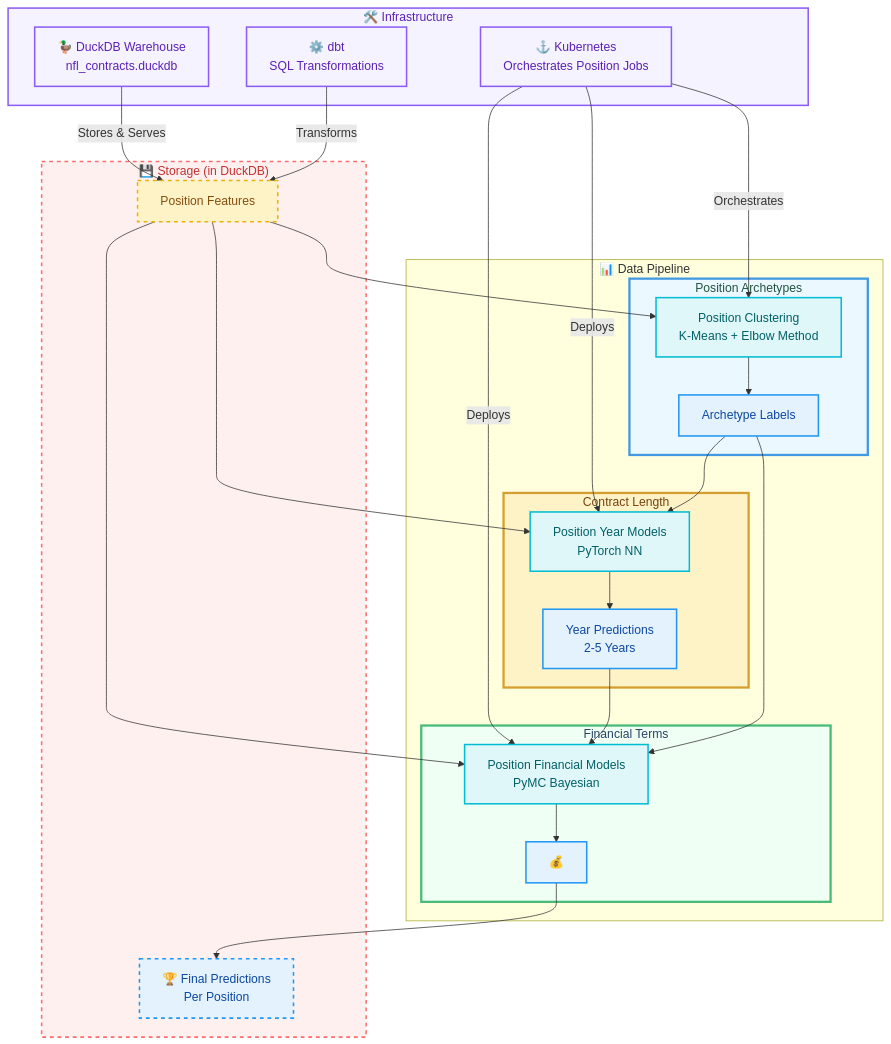
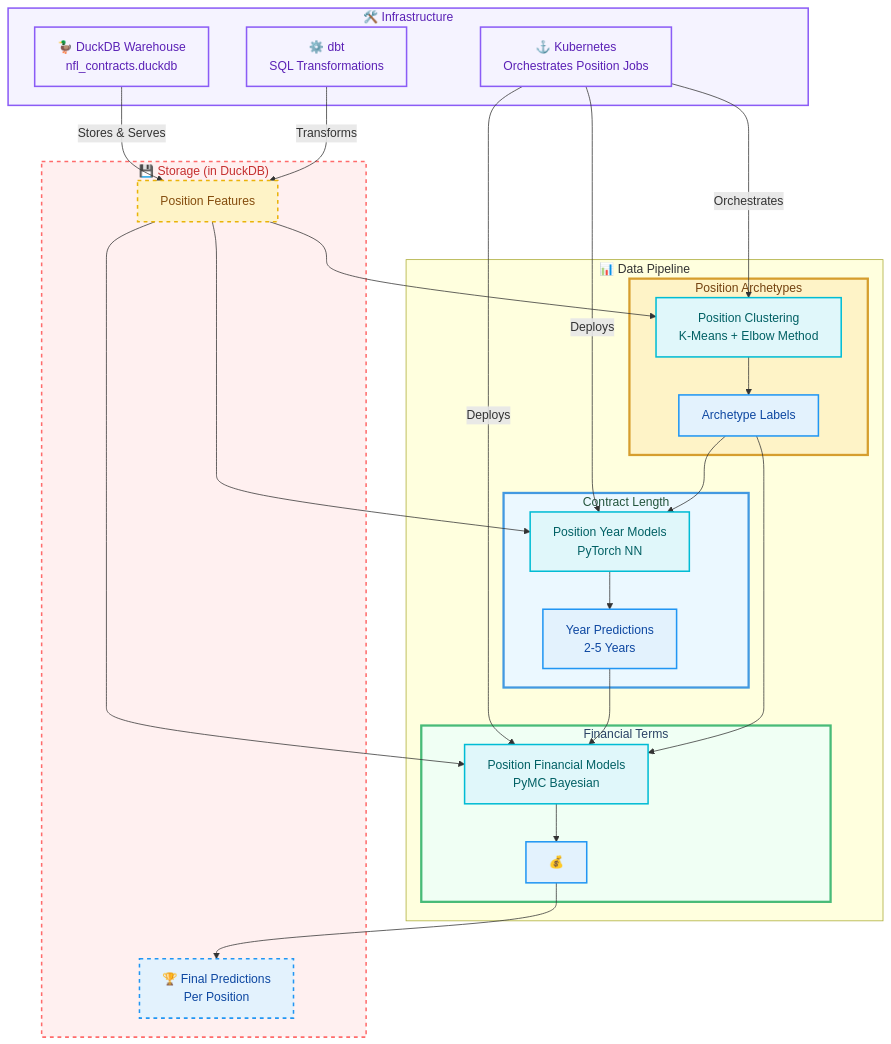
One commit to dec1costello/NFL-Market-Value-Analysis changed the diagram in README.md. Above: the diagram before and after it, drawn with Mermaid. The commit also changed other lines of this file, not shown here.

````diff
--- a/README.md
+++ b/README.md
@@ -37,76 +37,76 @@
 ```mermaid
 graph TB
  %% === STYLING ===
-    classDef stage1 fill:#ebf8ff,stroke:#4299e1,stroke-width:3px,color:#22543d
-    classDef stage2 fill:#fef3c7,stroke:#d69e2e,stroke-width:3px,color:#744210
+    classDef stage1 fill:#fef3c7,stroke:#d69e2e,stroke-width:3px,color:#744210
+    classDef stage2 fill:#ebf8ff,stroke:#4299e1,stroke-width:3px,color:#22543d 
     classDef stage3 fill:#f0fff4,stroke:#48bb78,stroke-width:3px,color: #2a4365
     classDef features fill:#fef3c7,stroke:#eab308,stroke-width:2px,color:#854d0e
     classDef model fill:#e0f7fa,stroke:#00bcd4,stroke-width:2px,color:#006064
     classDef output fill:#e3f2fd,stroke:#2196f3,stroke-width:2px,color:#0d47a1
     classDef infra fill:#f5f3ff,stroke:#8b5cf6,stroke-width:2px,color:#5b21b6
     classDef storage fill:#fff0f0,stroke:#FF6B6B,stroke-width:2px,stroke-dasharray:5 5,color:#c53030
 
     %% === INFRASTRUCTURE LAYERS ===
     subgraph INFRA ["🛠️ Infrastructure"]
         DUCKDB["🦆 DuckDB Warehouse<br/>nfl_contracts.duckdb"]
         K8S["⚓ Kubernetes<br/>Orchestrates Position Jobs"]
         DBT["⚙️ dbt<br/>SQL Transformations"]
     end
 
     %% === DATA FLOW ===
     subgraph DATA_FLOW ["📊 Data Pipeline"]
         %% === STAGE 1: ARCHETYPE DISCOVERY ===
         subgraph STAGE_1 ["Position Archetypes"]
             CLUSTERING["Position Clustering<br/>K-Means + Elbow Method"]
             ARCHETYPES["Archetype Labels"]
         end
 
         %% === STAGE 2: YEAR PREDICTION ===
         subgraph STAGE_2 ["Contract Length"]
             YEAR_MODELS["Position Year Models<br/>PyTorch NN"]
             YEAR_PREDS["Year Predictions<br/>2-5 Years"]
         end
 
         %% === STAGE 3: FINANCIAL PREDICTION ===
         subgraph STAGE_3 ["Financial Terms"]
             FINANCIAL_MODELS["Position Financial Models<br/>PyMC Bayesian"]
             FINANCIAL_PREDS["💰"]
         end
     end
 
     %% === STORAGE LAYER ===
     subgraph STORAGE ["💾 Storage (in DuckDB)"]
         FEATURES["Position Features<br/>"]
         RESULTS["🏆 Final Predictions<br/>Per Position"]
     end
 
     %% === CONNECTIONS ===
     %% Infrastructure → Data Flow
     DUCKDB -->|"Stores & Serves"| FEATURES
     DBT -->|"Transforms"| FEATURES
     K8S -->|"Orchestrates"| CLUSTERING
     K8S -->|"Deploys"| YEAR_MODELS
     K8S -->|"Deploys"| FINANCIAL_MODELS
 
     %% Data Pipeline Flow
     FEATURES --> CLUSTERING
     CLUSTERING --> ARCHETYPES
     ARCHETYPES --> YEAR_MODELS
     FEATURES --> YEAR_MODELS
     YEAR_MODELS --> YEAR_PREDS
     YEAR_PREDS --> FINANCIAL_MODELS
     ARCHETYPES --> FINANCIAL_MODELS
     FEATURES --> FINANCIAL_MODELS
     FINANCIAL_MODELS --> FINANCIAL_PREDS
     FINANCIAL_PREDS --> RESULTS
 
     %% === STYLES ===
     class INFRA,DUCKDB,K8S,DBT infra
     class STORAGE,FEATURES,RESULTS storage
     class STAGE_1 stage1
     class STAGE_2 stage2
     class STAGE_3 stage3
     class FEATURES features
     class CLUSTERING,YEAR_MODELS,FINANCIAL_MODELS model
     class ARCHETYPES,YEAR_PREDS,FINANCIAL_PREDS,RESULTS output;
 ```
````
